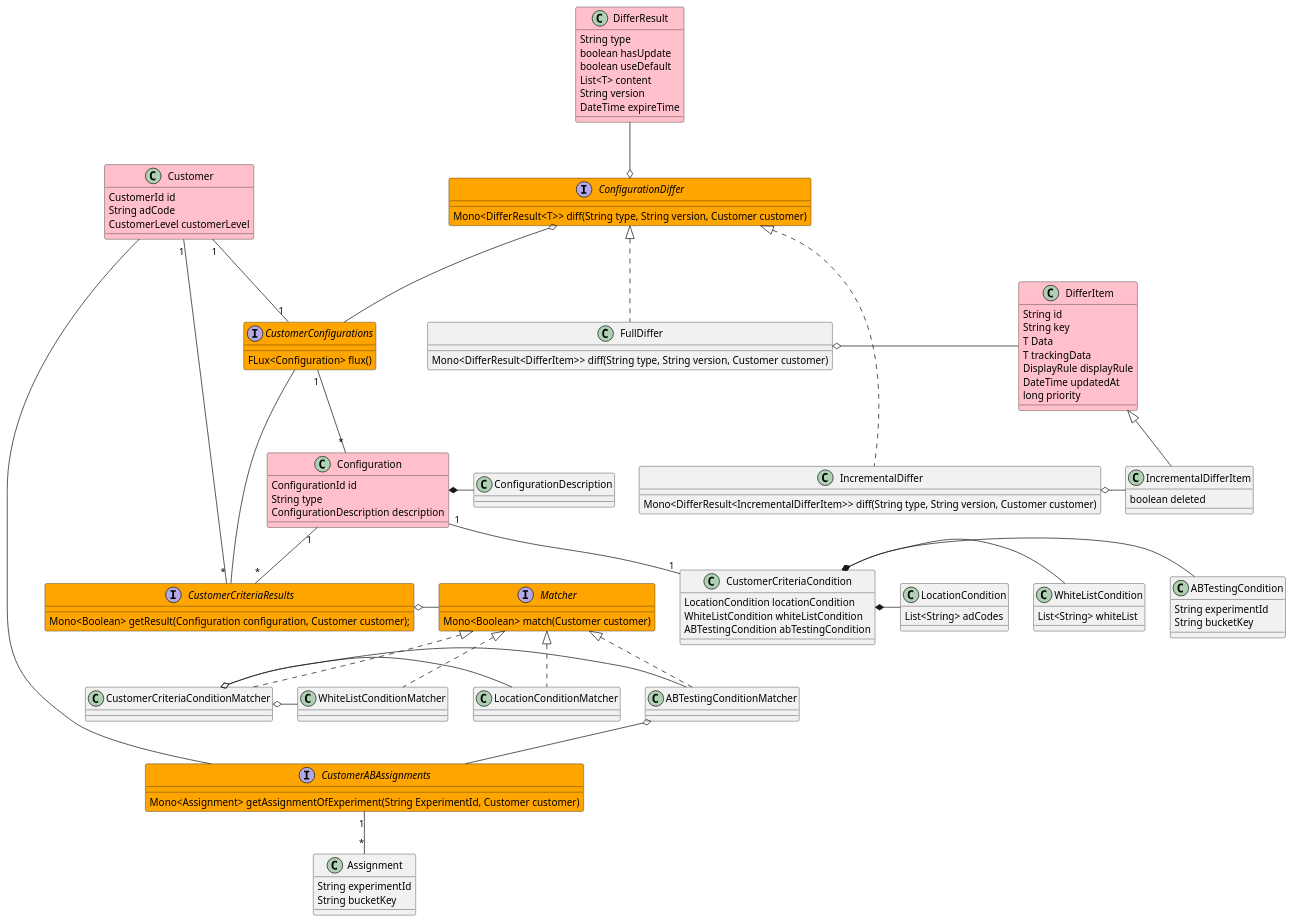
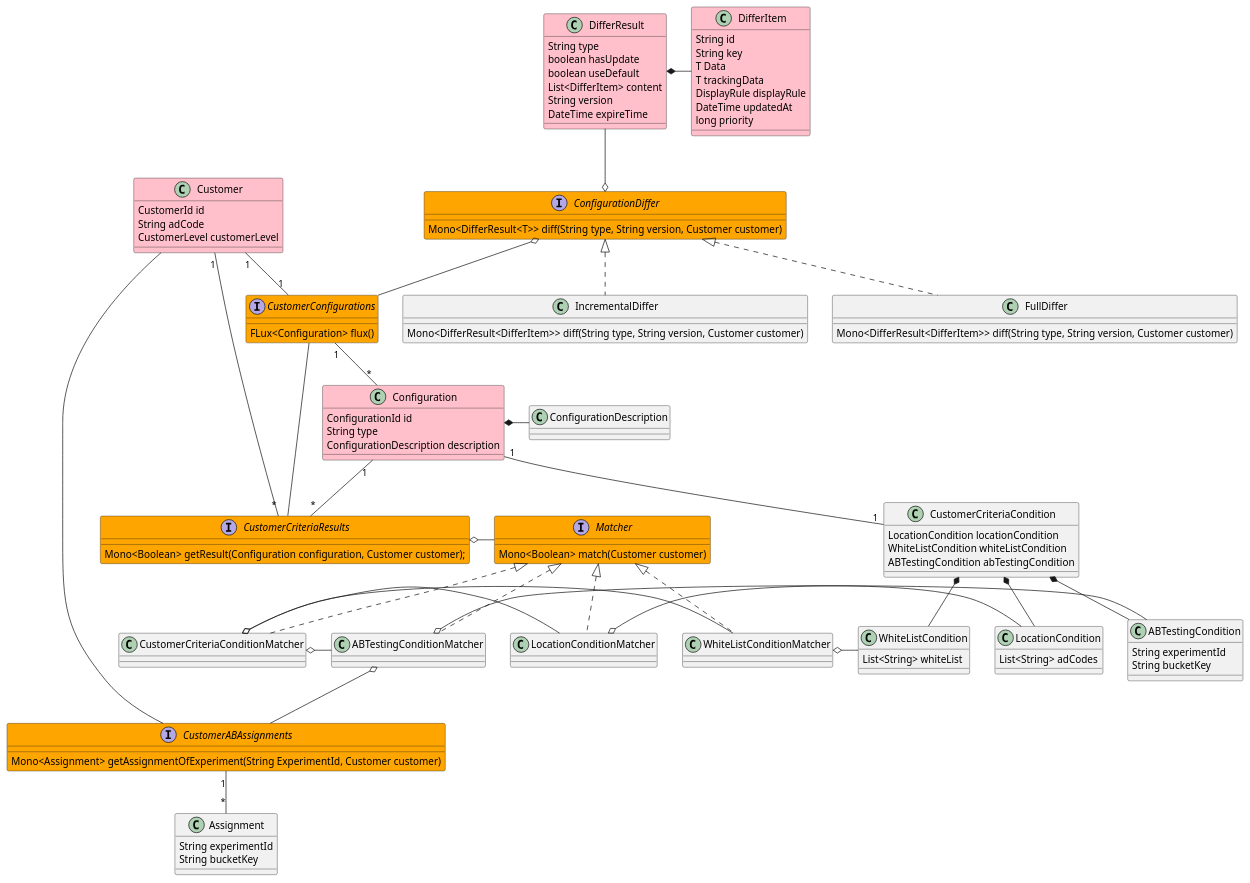
One commit to pc-dong/app-provision changed the diagram in resource/domain.puml. Above: the diagram before and after it, drawn with PlantUML. The commit also changed 6 other files, not shown here.

```diff
--- a/resource/domain.puml
+++ b/resource/domain.puml
@@ -1,145 +1,143 @@
 @startuml
 'https://plantuml.com/class-diagram
 
 
 class Configuration #pink {
     ConfigurationId id
     String type
     ConfigurationDescription description
 }
 
 class Customer #pink {
     CustomerId id
     String adCode
     CustomerLevel customerLevel
 }
 
 
 
 class CustomerCriteriaCondition {
     LocationCondition locationCondition
     WhiteListCondition whiteListCondition
     ABTestingCondition abTestingCondition
 }
 
 
 
 class WhiteListCondition {
     List<String> whiteList
 }
 
 class LocationCondition {
     List<String> adCodes
 }
 
 class ABTestingCondition {
     String experimentId
     String bucketKey
 }
 
 class CustomerCriteriaConditionMatcher implements Matcher {
 }
 
 class WhiteListConditionMatcher implements Matcher {
 }
 
 class LocationConditionMatcher  implements Matcher {
 }
 
 class ABTestingConditionMatcher  implements Matcher {
 }
 
 
 
 interface CustomerABAssignments #orange{
     Mono<Assignment> getAssignmentOfExperiment(String ExperimentId, Customer customer)
 }
 
 class Assignment {
     String experimentId
     String bucketKey
 }
 
 interface CustomerConfigurations #orange{
     FLux<Configuration> flux()
 }
 
 interface CustomerCriteriaResults #orange{
     Mono<Boolean> getResult(Configuration configuration, Customer customer);
 }
 
 interface Matcher #orange{
     Mono<Boolean> match(Customer customer)
 }
 
 Configuration "1" -- "*" CustomerCriteriaResults
 
 Customer "1" -- "*" CustomerCriteriaResults
 
 CustomerCriteriaCondition *- WhiteListCondition
 CustomerCriteriaCondition *- LocationCondition
 CustomerCriteriaCondition *- ABTestingCondition
 
 Customer  -R- CustomerABAssignments
 CustomerABAssignments "1" -- "*" Assignment
 ABTestingConditionMatcher o-- CustomerABAssignments
 
 CustomerConfigurations -D- CustomerCriteriaResults
 
 CustomerCriteriaResults o- Matcher
 
 Customer  "1" -- "1" CustomerConfigurations
 CustomerConfigurations "1" -- "*" Configuration
 
 CustomerCriteriaConditionMatcher o- WhiteListConditionMatcher
+WhiteListConditionMatcher o- WhiteListCondition
 CustomerCriteriaConditionMatcher o- ABTestingConditionMatcher
+ABTestingConditionMatcher o- ABTestingCondition
 CustomerCriteriaConditionMatcher o- LocationConditionMatcher
+LocationConditionMatcher o- LocationCondition
 
 Configuration *- ConfigurationDescription
 Configuration "1" -- "1" CustomerCriteriaCondition
 
 interface ConfigurationDiffer #orange{
    Mono<DifferResult<T>> diff(String type, String version, Customer customer)
 }
 
 
 class DifferResult #pink{
     String type
     boolean hasUpdate
     boolean useDefault
-    List<T> content
+    List<DifferItem> content
     String version
     DateTime expireTime
 }
 
 class DifferItem #pink{
     String id
     String key
     T Data
     T trackingData
     DisplayRule displayRule
     DateTime updatedAt
     long priority
 }
 
-class IncrementalDifferItem extends DifferItem{
-    boolean deleted
-}
 
 class FullDiffer implements ConfigurationDiffer {
     Mono<DifferResult<DifferItem>> diff(String type, String version, Customer customer)
 }
 
 class IncrementalDiffer implements ConfigurationDiffer {
-    Mono<DifferResult<IncrementalDifferItem>> diff(String type, String version, Customer customer)
+    Mono<DifferResult<DifferItem>> diff(String type, String version, Customer customer)
 }
 
 DifferResult --o ConfigurationDiffer
+DifferResult *- DifferItem
 
 ConfigurationDiffer o-- CustomerConfigurations
 
-FullDiffer o- DifferItem
-
-IncrementalDiffer o- IncrementalDifferItem
 
 @enduml
```
